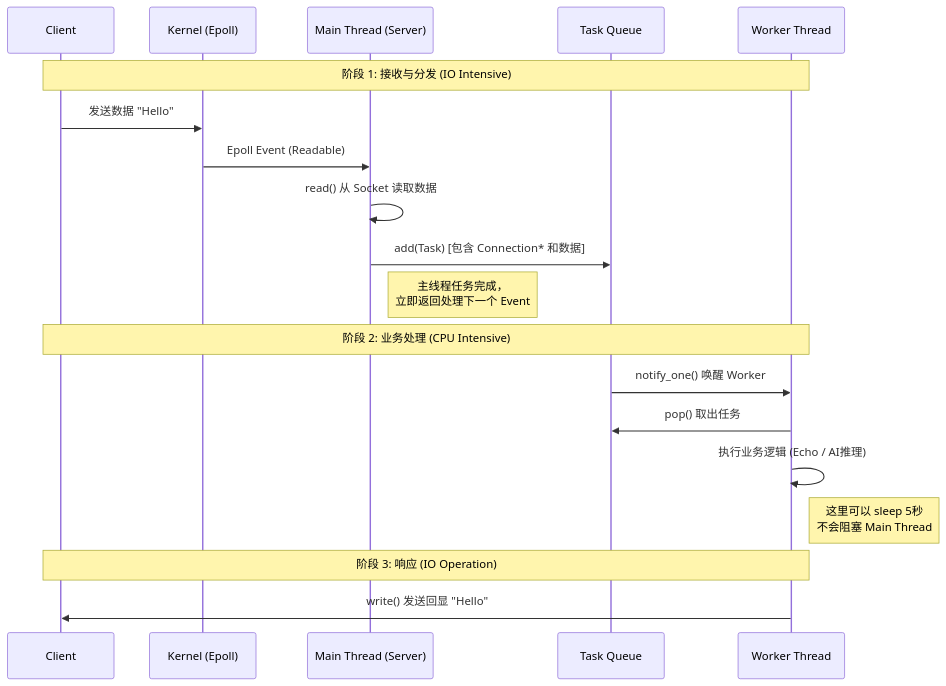
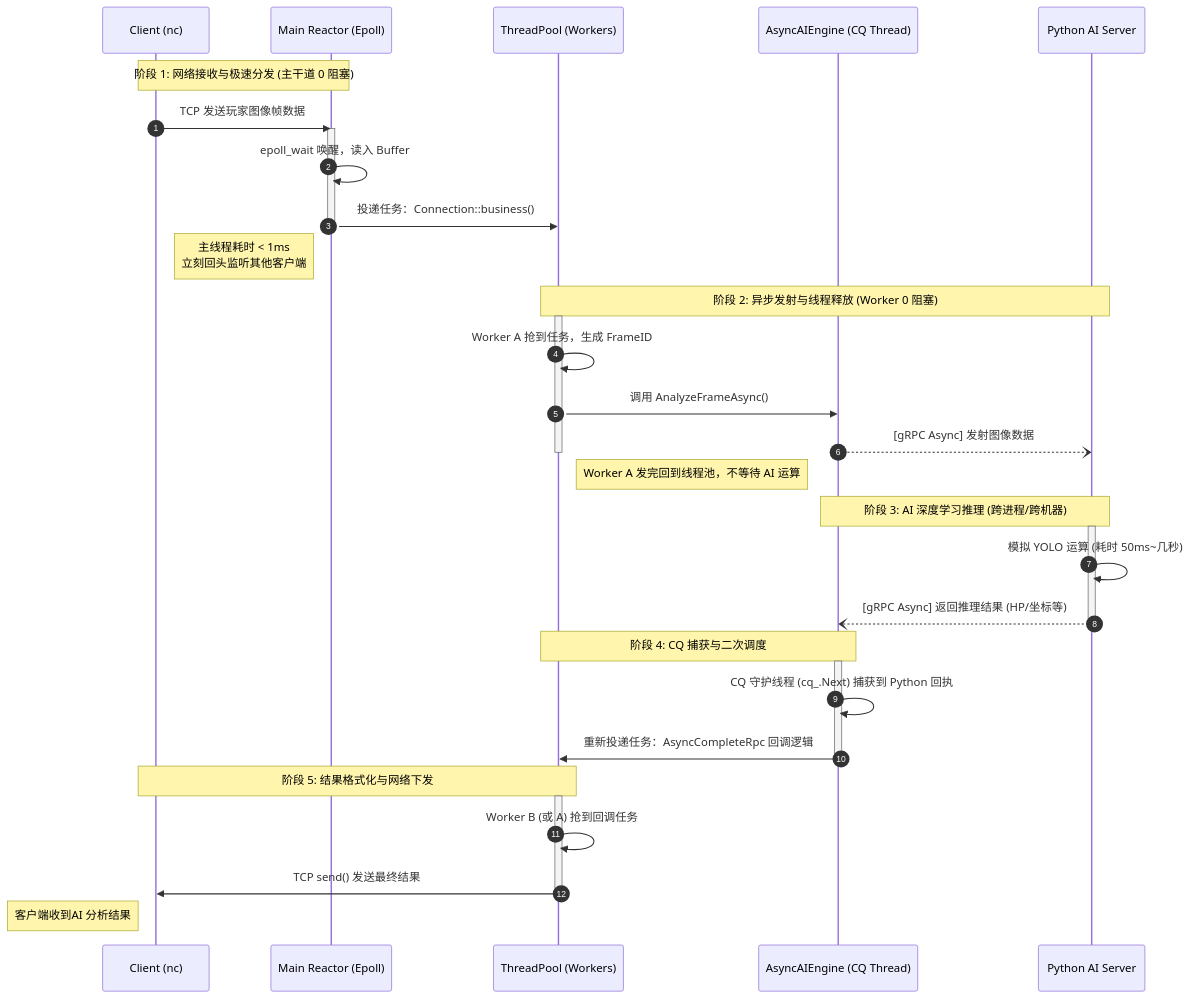
Before and after one commit to WinlorZZ/VisionReactor-CPP: the diagram in doc/Data Flow.md, drawn with Mermaid.

Commit message:
【文档】 更新数据流图，详细描述异步AI推理架构和多线程协作。

````diff
--- a/doc/Data Flow.md
+++ b/doc/Data Flow.md
@@ -1,24 +1,46 @@
 ```mermaid
 sequenceDiagram
-    participant C as Client
-    participant OS as Kernel (Epoll)
-    participant M as Main Thread (Server)
-    participant Q as Task Queue
-    participant W as Worker Thread
+    autonumber
+    
+    %% 定义参与者，按照真实的物理边界排列
+    participant C as  Client (nc)
+    participant M as  Main Reactor (Epoll)
+    participant TP as  ThreadPool (Workers)
+    participant AI as  AsyncAIEngine (CQ Thread)
+    participant Py as  Python AI Server
 
-    Note over C, W: 阶段 1: 接收与分发 (IO Intensive)
-    C->>OS: 发送数据 "Hello"
-    OS->>M: Epoll Event (Readable)
-    M->>M: read() 从 Socket 读取数据
-    M->>Q: add(Task) [包含 Connection* 和数据]
-    Note right of M: 主线程任务完成，<br/>立即返回处理下一个 Event
-    
-    Note over C, W: 阶段 2: 业务处理 (CPU Intensive)
-    Q->>W: notify_one() 唤醒 Worker
-    W->>Q: pop() 取出任务
-    W->>W: 执行业务逻辑 (Echo / AI推理)
-    Note right of W: 这里可以 sleep 5秒<br/>不会阻塞 Main Thread
-    
-    Note over C, W: 阶段 3: 响应 (IO Operation)
-    W->>C: write() 发送回显 "Hello"
+    Note over C, M: 阶段 1: 网络接收与极速分发 (主干道 0 阻塞)
+    C->>M: TCP 发送玩家图像帧数据
+    activate M
+    M->>M: epoll_wait 唤醒，读入 Buffer
+    M->>TP: 投递任务：Connection::business()
+    deactivate M
+    Note left of M: 主线程耗时 < 1ms<br/>立刻回头监听其他客户端
+
+    Note over TP, Py: 阶段 2: 异步发射与线程释放 (Worker 0 阻塞)
+    activate TP
+    TP->>TP: Worker A 抢到任务，生成 FrameID
+    TP->>AI: 调用 AnalyzeFrameAsync()
+    AI--)Py: [gRPC Async] 发射图像数据
+    deactivate TP
+    Note right of TP: Worker A 发完回到线程池，不等待 AI 运算
+
+    Note over AI, Py: 阶段 3: AI 深度学习推理 (跨进程/跨机器)
+    activate Py
+    Py->>Py: 模拟 YOLO 运算 (耗时 50ms~几秒)
+    Py--)AI: [gRPC Async] 返回推理结果 (HP/坐标等)
+    deactivate Py
+
+    Note over TP, AI: 阶段 4: CQ 捕获与二次调度
+    activate AI
+    AI->>AI: CQ 守护线程 (cq_.Next) 捕获到 Python 回执
+    AI->>TP: 重新投递任务：AsyncCompleteRpc 回调逻辑
+    deactivate AI
+
+    Note over C, TP: 阶段 5: 结果格式化与网络下发
+    activate TP
+    TP->>TP: Worker B (或 A) 抢到回调任务
+    TP->>C: TCP send() 发送最终结果
+    deactivate TP
+    Note left of C: 客户端收到AI 分析结果
 ```
````
